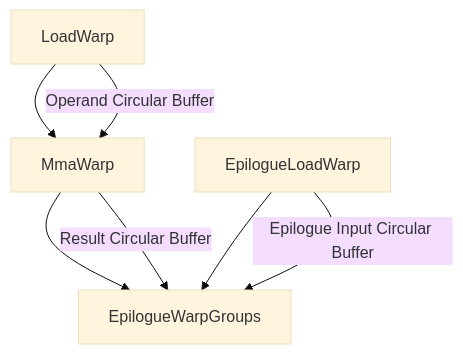
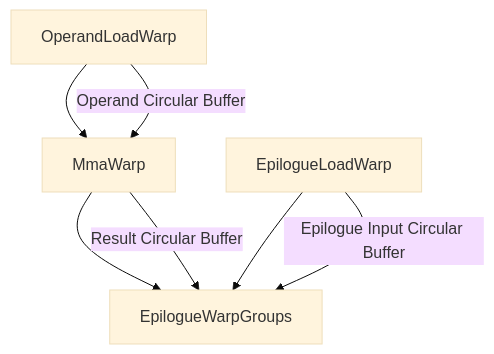
Before and after one commit to NVIDIA/Fuser: the third of 5 diagrams in doc/dev/MultiRoleWarpSpecializationPlan.md, drawn with Mermaid (base theme). The commit also changed other lines of this file, not shown here.

Commit message:
[AI] Fix LW references to OLW in Blackwell sequence diagrams

````diff
--- a/doc/dev/MultiRoleWarpSpecializationPlan.md
+++ b/doc/dev/MultiRoleWarpSpecializationPlan.md
@@ -261,15 +261,15 @@
 ```mermaid
 graph TD
-    LW[LoadWarp] --> MW[MmaWarp]
+    OLW[OperandLoadWarp] --> MW[MmaWarp]
     ELW[EpilogueLoadWarp] --> EW[EpilogueWarpGroups]
     MW --> EW
     
-    LW --> |"Operand Circular Buffer"| MW
+    OLW --> |"Operand Circular Buffer"| MW
     ELW --> |"Epilogue Input Circular Buffer"| EW
     MW --> |"Result Circular Buffer"| EW
     
-    style LW fill:#lightblue
+    style OLW fill:#lightblue
     style ELW fill:#lightblue
     style MW fill:#lightyellow
     style EW fill:#lightgreen
 ```
````
